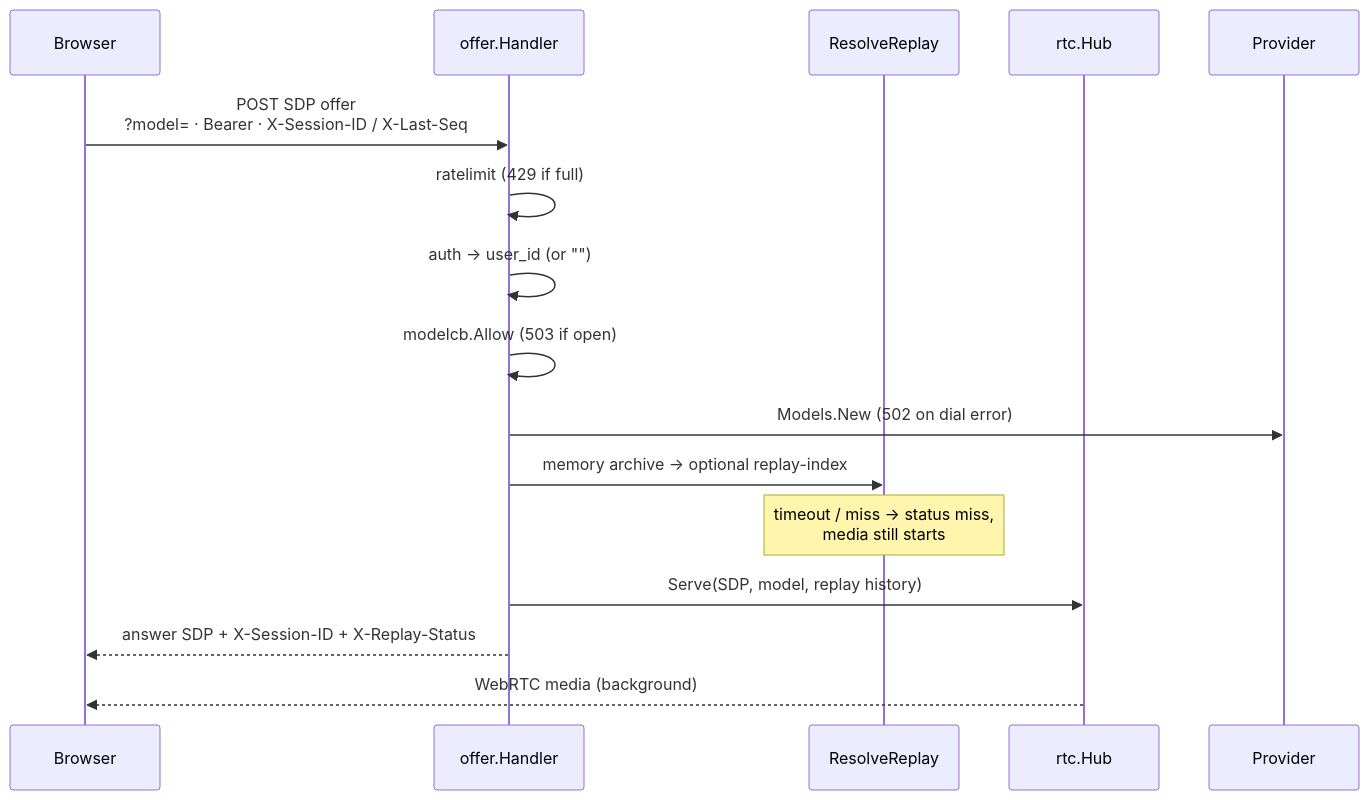
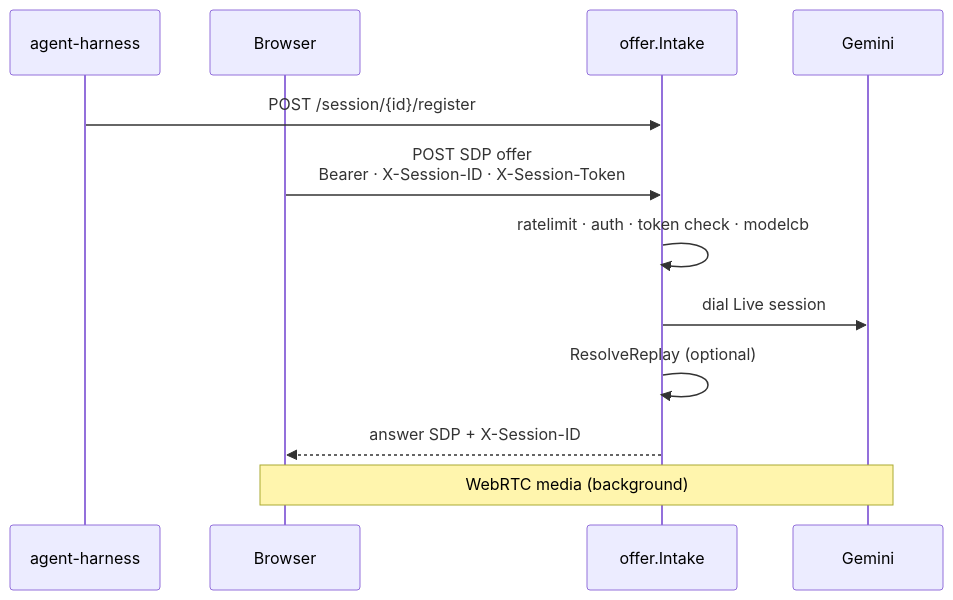
The second of 2 diagrams in services/rt_llm_proxy/docs/ARCHITECTURE.md (thinkinbig/auracle-dj-radio), drawn with Mermaid before and after one commit. The commit also changed other lines of this file and 25 other files, not shown here.

Commit message:
docs: update Spotify taste architecture

````diff
--- a/services/rt_llm_proxy/docs/ARCHITECTURE.md
+++ b/services/rt_llm_proxy/docs/ARCHITECTURE.md
@@ -102,19 +97,15 @@
 ```mermaid
 sequenceDiagram
+  participant H as agent-harness
   participant B as Browser
-  participant O as offer.Handler
-  participant R as ResolveReplay
-  participant H as rtc.Hub
-  participant M as Provider
+  participant O as offer.Intake
+  participant G as Gemini
 
-  B->>O: POST SDP offer<br/>?model= · Bearer · X-Session-ID / X-Last-Seq
-  O->>O: ratelimit (429 if full)
-  O->>O: auth → user_id (or "")
-  O->>O: modelcb.Allow (503 if open)
-  O->>M: Models.New (502 on dial error)
-  O->>R: memory archive → optional replay-index
-  Note over R: timeout / miss → status miss,<br/>media still starts
-  O->>H: Serve(SDP, model, replay history)
-  O-->>B: answer SDP + X-Session-ID + X-Replay-Status
-  H-->>B: WebRTC media (background)
+  H->>O: POST /session/{id}/register
+  B->>O: POST SDP offer<br/>Bearer · X-Session-ID · X-Session-Token
+  O->>O: ratelimit · auth · token check · modelcb
+  O->>G: dial Live session
+  O->>O: ResolveReplay (optional)
+  O-->>B: answer SDP + X-Session-ID
+  Note over B,G: WebRTC media (background)
 ```
````
